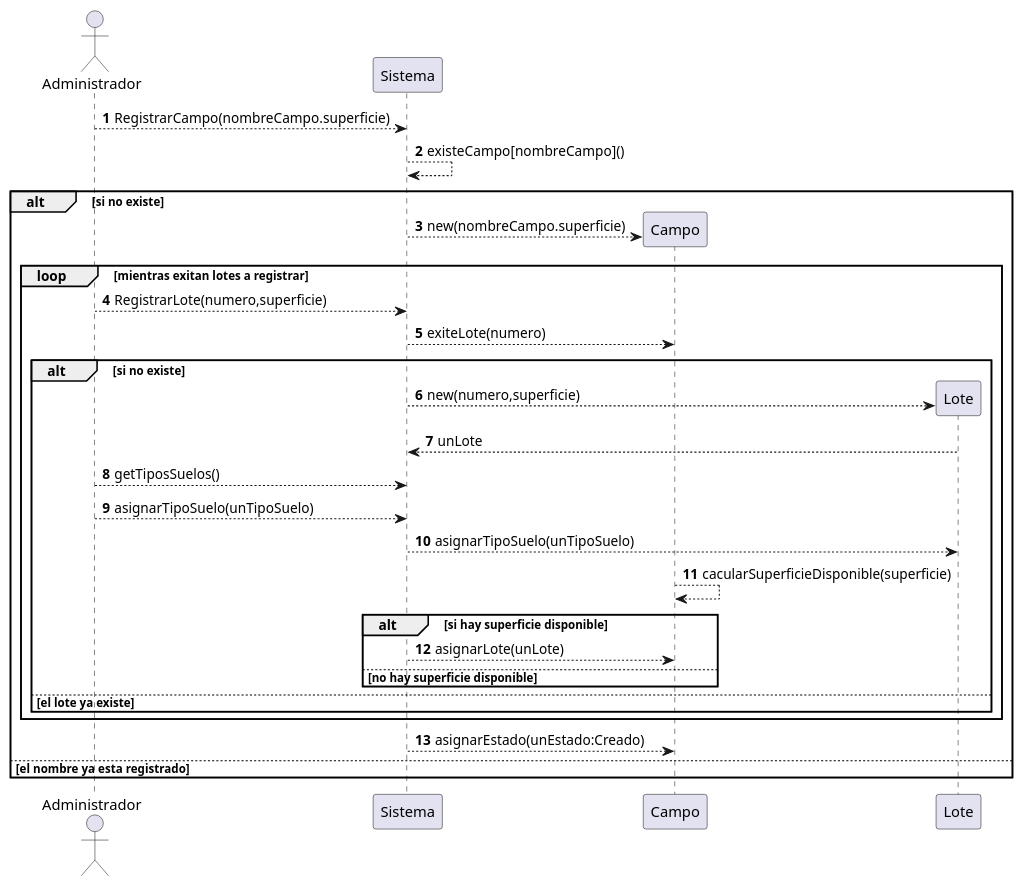
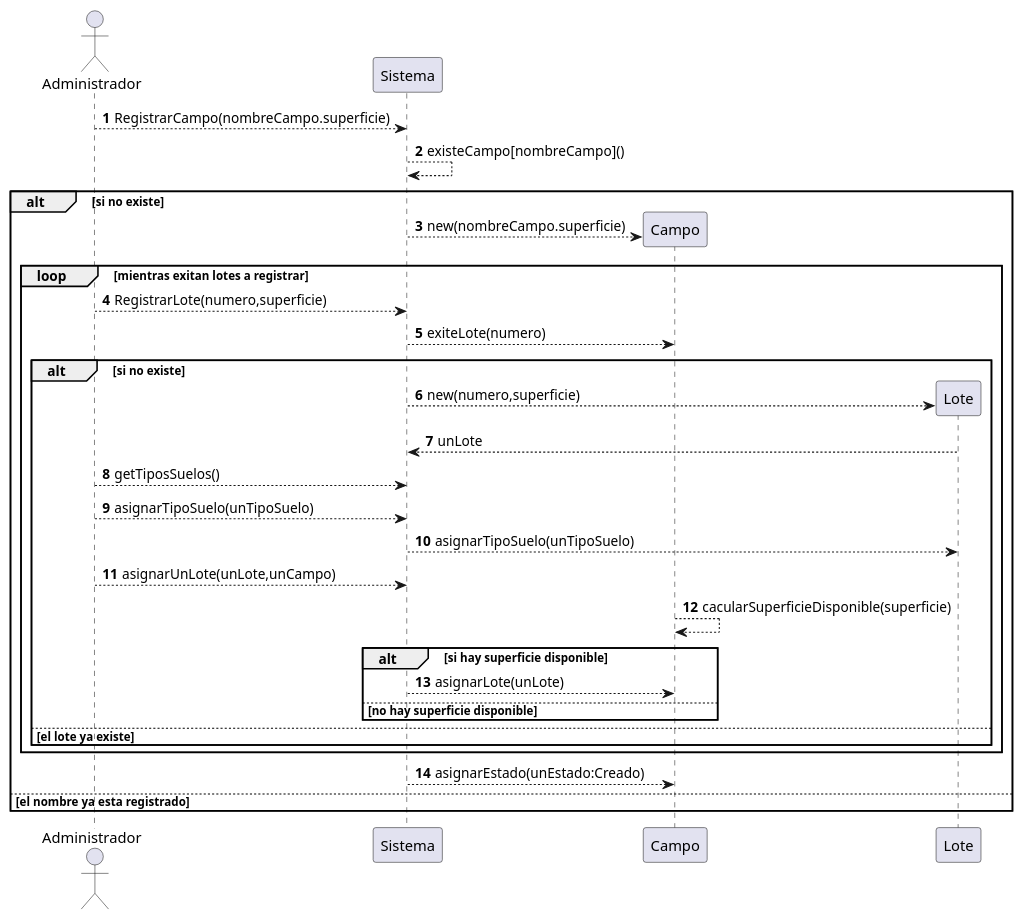
One commit to facundokpo04/Certificacion111 changed the diagram in src/Certificacion111M/Class Diagrams/DiagramaSecuencia.puml. Above: the diagram before and after it, drawn with PlantUML. The commit also changed 1 other file, not shown here.

```diff
--- a/src/Certificacion111M/Class Diagrams/DiagramaSecuencia.puml
+++ b/src/Certificacion111M/Class Diagrams/DiagramaSecuencia.puml
@@ -1,37 +1,39 @@
 @startuml
 actor Administrador
 autonumber
 Administrador --> Sistema : RegistrarCampo(nombreCampo.superficie)
 
 Sistema-->Sistema :existeCampo[nombreCampo]()
 
 create Campo
 alt si no existe
 Sistema --> Campo : new(nombreCampo.superficie)
 
 Loop mientras exitan lotes a registrar
 Administrador --> Sistema : RegistrarLote(numero,superficie)
 
 Sistema --> Campo : exiteLote(numero)
 alt si no existe
 create Lote 
 Sistema --> Lote : new(numero,superficie)
 Lote --> Sistema : unLote
 Administrador --> Sistema : getTiposSuelos()
 
 Administrador --> Sistema : asignarTipoSuelo(unTipoSuelo)
 Sistema --> Lote : asignarTipoSuelo(unTipoSuelo)
 
+
+Administrador --> Sistema : asignarUnLote(unLote,unCampo)
 Campo-->Campo : cacularSuperficieDisponible(superficie)
 alt si hay superficie disponible
 Sistema--> Campo : asignarLote(unLote)
 else no hay superficie disponible
 end
 else el lote ya existe
 end
 end
 Sistema--> Campo : asignarEstado(unEstado:Creado)
 else el nombre ya esta registrado
 end
 
 @enduml
```
